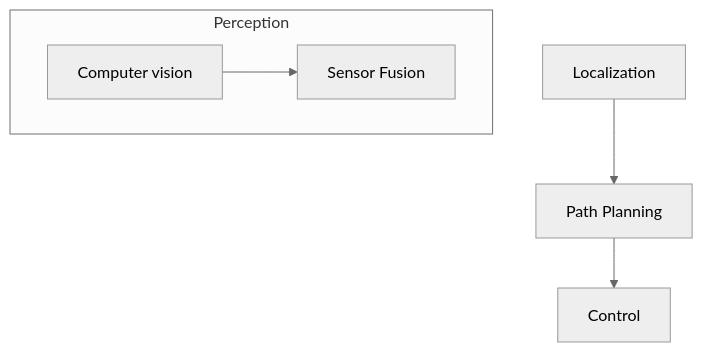
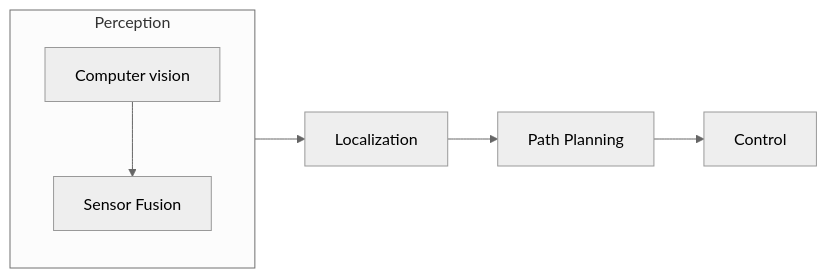
Before and after one commit to afondiel/computer-science-notebook: the diagram in automotive/self-driving/self-driving-notes.md, drawn with Mermaid (neutral theme).

Commit message:
auto-self-drv: update mermaid graph

````diff
--- a/automotive/self-driving/self-driving-notes.md
+++ b/automotive/self-driving/self-driving-notes.md
@@ -20,8 +20,9 @@
 ```mermaid
- graph TD
+ graph LR
          a1[Localization]-->a2[Path Planning]
          a2-->b1[Control]
          subgraph Perception
          c1[Computer vision]-->c2[Sensor Fusion]
          end
+         Perception-->a1
 ```
````
